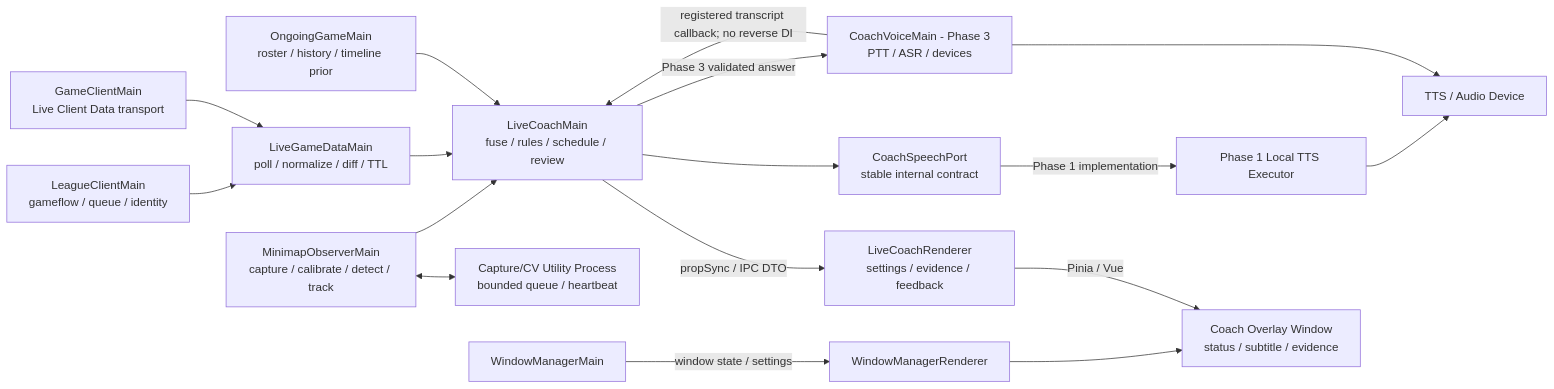
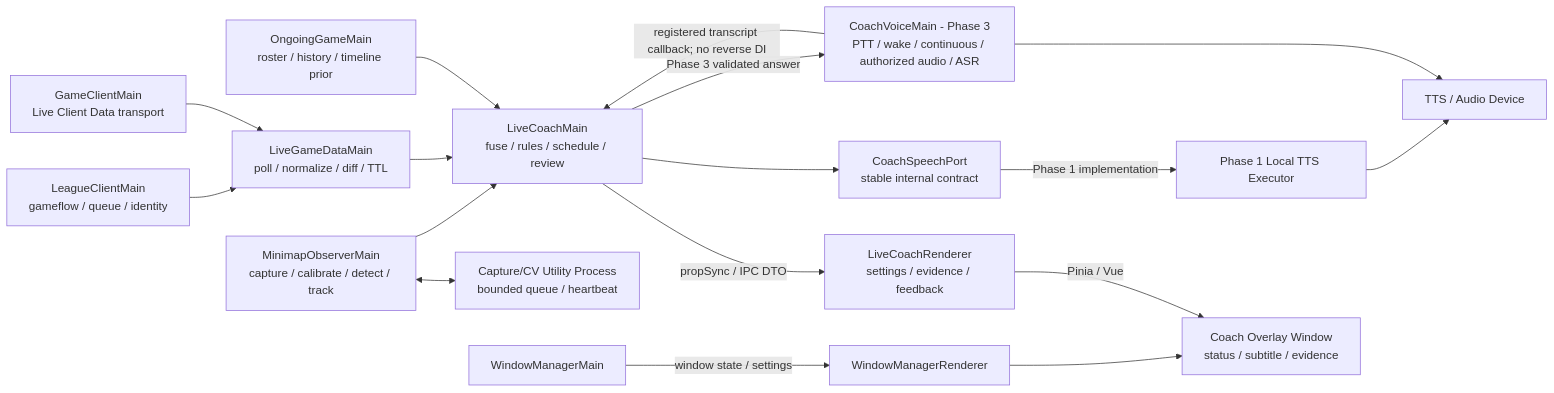
Before and after one commit to xuehua123/LeagueAkari: the diagram in docs/live-coach-three-phase-plan.md, drawn with Mermaid. The commit also changed other lines of this file and 6 other files, not shown here.

````diff
--- a/docs/live-coach-three-phase-plan.md
+++ b/docs/live-coach-three-phase-plan.md
@@ -169,35 +178,35 @@
 ```mermaid
 flowchart LR
   LCU[LeagueClientMain<br/>gameflow / queue / identity]
   GC[GameClientMain<br/>Live Client Data transport]
   OG[OngoingGameMain<br/>roster / history / timeline prior]
   LGD[LiveGameDataMain<br/>poll / normalize / diff / TTL]
   MM[MinimapObserverMain<br/>capture / calibrate / detect / track]
   COACH[LiveCoachMain<br/>fuse / rules / schedule / review]
   HELPER[Capture/CV Utility Process<br/>bounded queue / heartbeat]
-  VOICE[CoachVoiceMain - Phase 3<br/>PTT / ASR / devices]
+  VOICE[CoachVoiceMain - Phase 3<br/>PTT / wake / continuous / authorized audio / ASR]
   SPEECH[CoachSpeechPort<br/>stable internal contract]
   LOCAL[Phase 1 Local TTS Executor]
   RENDER[LiveCoachRenderer<br/>settings / evidence / feedback]
   WMMAIN[WindowManagerMain]
   WMRENDER[WindowManagerRenderer]
   OVERLAY[Coach Overlay Window<br/>status / subtitle / evidence]
   TTS[TTS / Audio Device]
 
   LCU --> LGD
   GC --> LGD
   OG --> COACH
   LGD --> COACH
   MM <--> HELPER
   MM --> COACH
   COACH -->|propSync / IPC DTO| RENDER
   RENDER -->|Pinia / Vue| OVERLAY
   WMMAIN -->|window state / settings| WMRENDER
   WMRENDER --> OVERLAY
   COACH --> SPEECH
   SPEECH -->|Phase 1 implementation| LOCAL
   LOCAL --> TTS
   COACH -->|Phase 3 validated answer| VOICE
   VOICE --> TTS
   VOICE -->|registered transcript callback; no reverse DI| COACH
 ```
````
